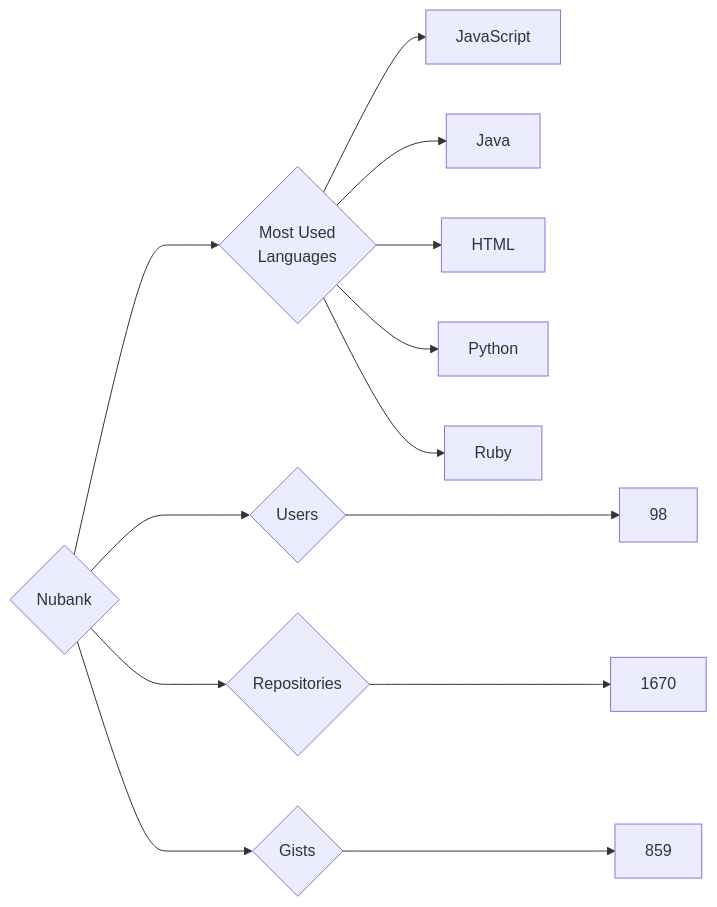
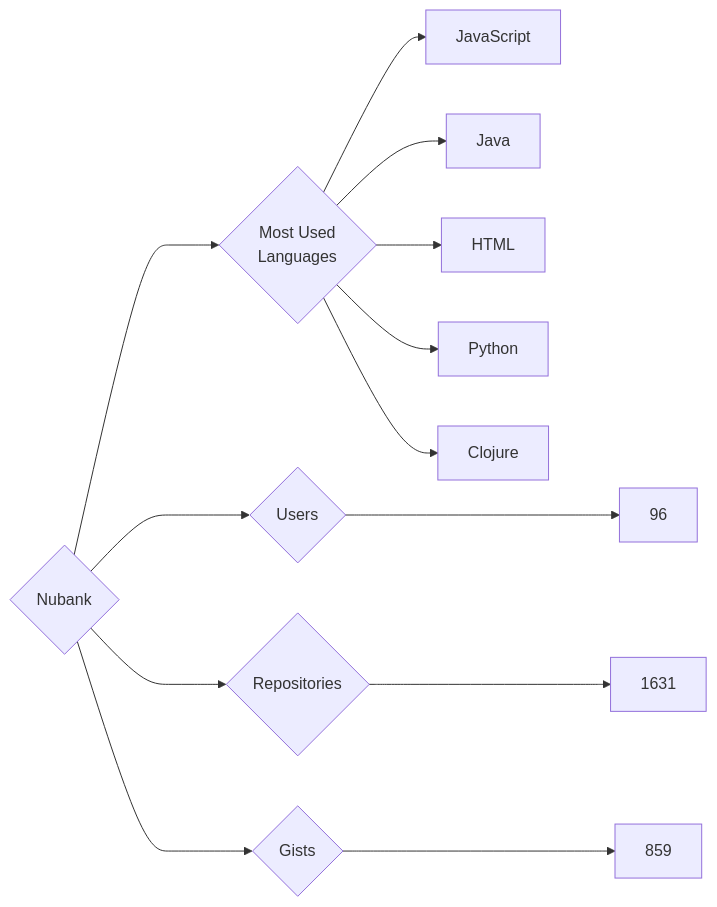
Before and after one commit to trickest/insiders: the diagram in targets/Nubank/README.md, drawn with Mermaid. The commit also changed 1248 other files, not shown here.

````diff
--- a/targets/Nubank/README.md
+++ b/targets/Nubank/README.md
@@ -3,13 +3,13 @@
 ```mermaid
 graph LR
 COMPANY_NAME{Nubank}
-COMPANY_NAME ---> U{Users} ---> UN[98]
-COMPANY_NAME ---> R{Repositories} ---> RN[1670]
+COMPANY_NAME ---> U{Users} ---> UN[96]
+COMPANY_NAME ---> R{Repositories} ---> RN[1631]
 COMPANY_NAME ---> G{Gists} ---> GN[859]
 COMPANY_NAME ---> ML{Most Used<br>Languages}
 ML --> JavaScript[JavaScript]
 ML --> Java[Java]
 ML --> HTML[HTML]
 ML --> Python[Python]
-ML --> Ruby[Ruby]
+ML --> Clojure[Clojure]
 ```
````
